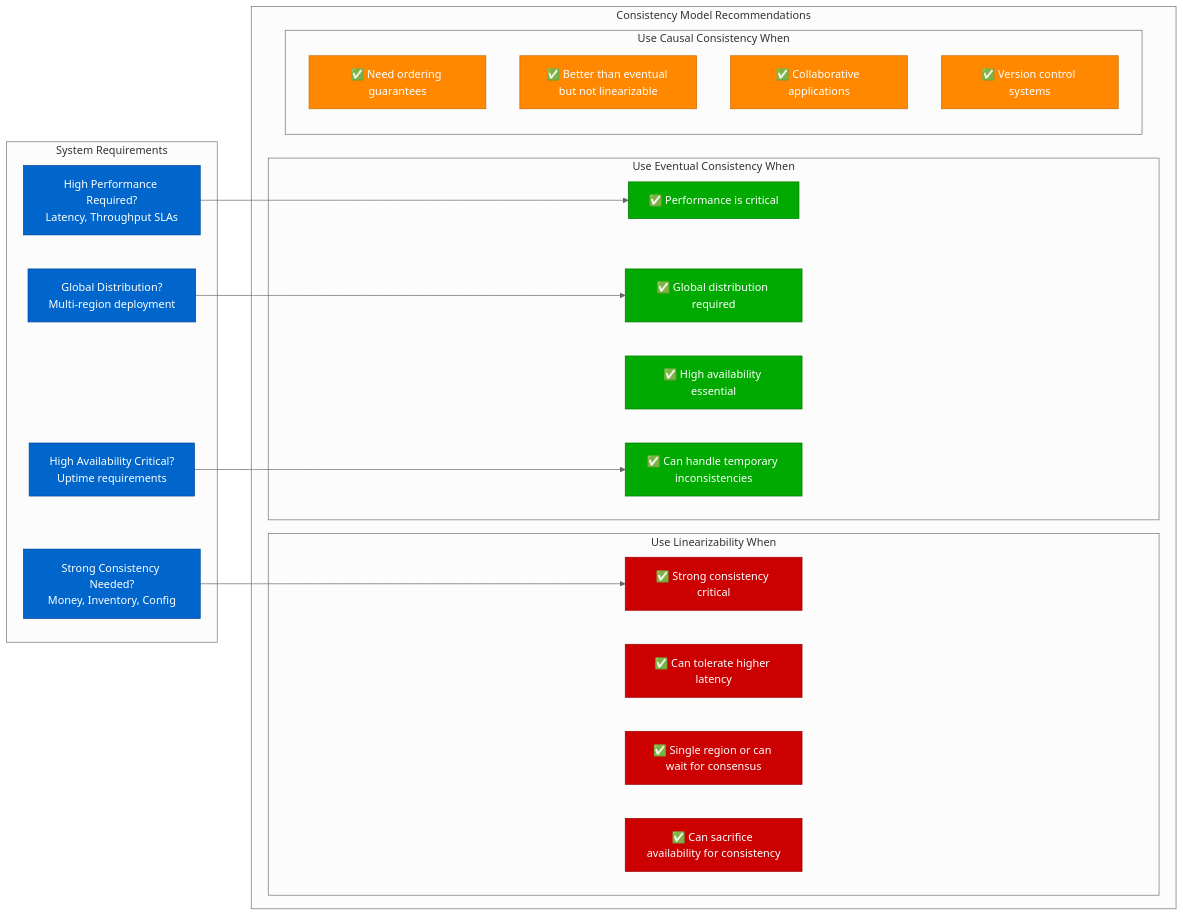
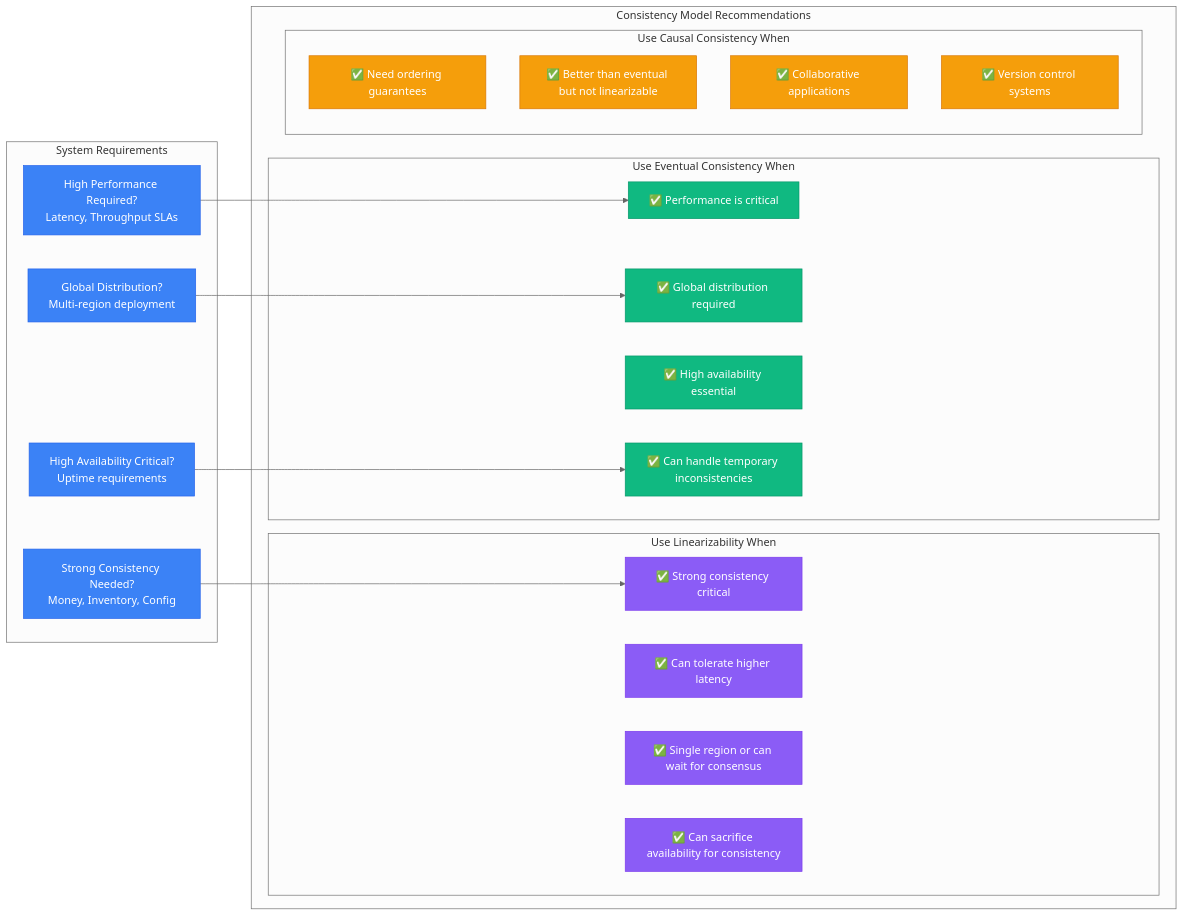
The third of 11 diagrams in site/docs/guarantees/linearizability/linearizability-tradeoffs.md (deepaucksharma/DS), drawn with Mermaid (neutral theme) before and after one commit. The commit also changed other lines of this file and 303 other files, not shown here.

````diff
--- a/site/docs/guarantees/linearizability/linearizability-tradeoffs.md
+++ b/site/docs/guarantees/linearizability/linearizability-tradeoffs.md
@@ -102,47 +102,47 @@
 ```mermaid
 graph LR
     subgraph Requirements[System Requirements]
         R1[Strong Consistency Needed?<br/>Money, Inventory, Config]
         R2[High Performance Required?<br/>Latency, Throughput SLAs]
         R3[Global Distribution?<br/>Multi-region deployment]
         R4[High Availability Critical?<br/>Uptime requirements]
     end
 
     subgraph Recommendations[Consistency Model Recommendations]
         subgraph LinearizabilityBox[Use Linearizability When]
             L1[✅ Strong consistency critical]
             L2[✅ Can tolerate higher latency]
             L3[✅ Single region or can wait for consensus]
             L4[✅ Can sacrifice availability for consistency]
         end
 
         subgraph EventualBox[Use Eventual Consistency When]
             E1[✅ Performance is critical]
             E2[✅ Global distribution required]
             E3[✅ High availability essential]
             E4[✅ Can handle temporary inconsistencies]
         end
 
         subgraph CausalBox[Use Causal Consistency When]
             Cau1[✅ Need ordering guarantees]
             Cau2[✅ Better than eventual but not linearizable]
             Cau3[✅ Collaborative applications]
             Cau4[✅ Version control systems]
         end
     end
 
     R1 --> L1
     R2 --> E1
     R3 --> E2
     R4 --> E4
 
-    classDef requirementStyle fill:#0066CC,stroke:#004499,color:#fff
-    classDef linearStyle fill:#CC0000,stroke:#990000,color:#fff
-    classDef eventualStyle fill:#00AA00,stroke:#007700,color:#fff
-    classDef causalStyle fill:#FF8800,stroke:#CC6600,color:#fff
+    classDef requirementStyle fill:#3B82F6,stroke:#2563EB,color:#fff
+    classDef linearStyle fill:#8B5CF6,stroke:#7C3AED,color:#fff
+    classDef eventualStyle fill:#10B981,stroke:#059669,color:#fff
+    classDef causalStyle fill:#F59E0B,stroke:#D97706,color:#fff
 
     class R1,R2,R3,R4 requirementStyle
     class L1,L2,L3,L4 linearStyle
     class E1,E2,E3,E4 eventualStyle
     class Cau1,Cau2,Cau3,Cau4 causalStyle
 ```
````
